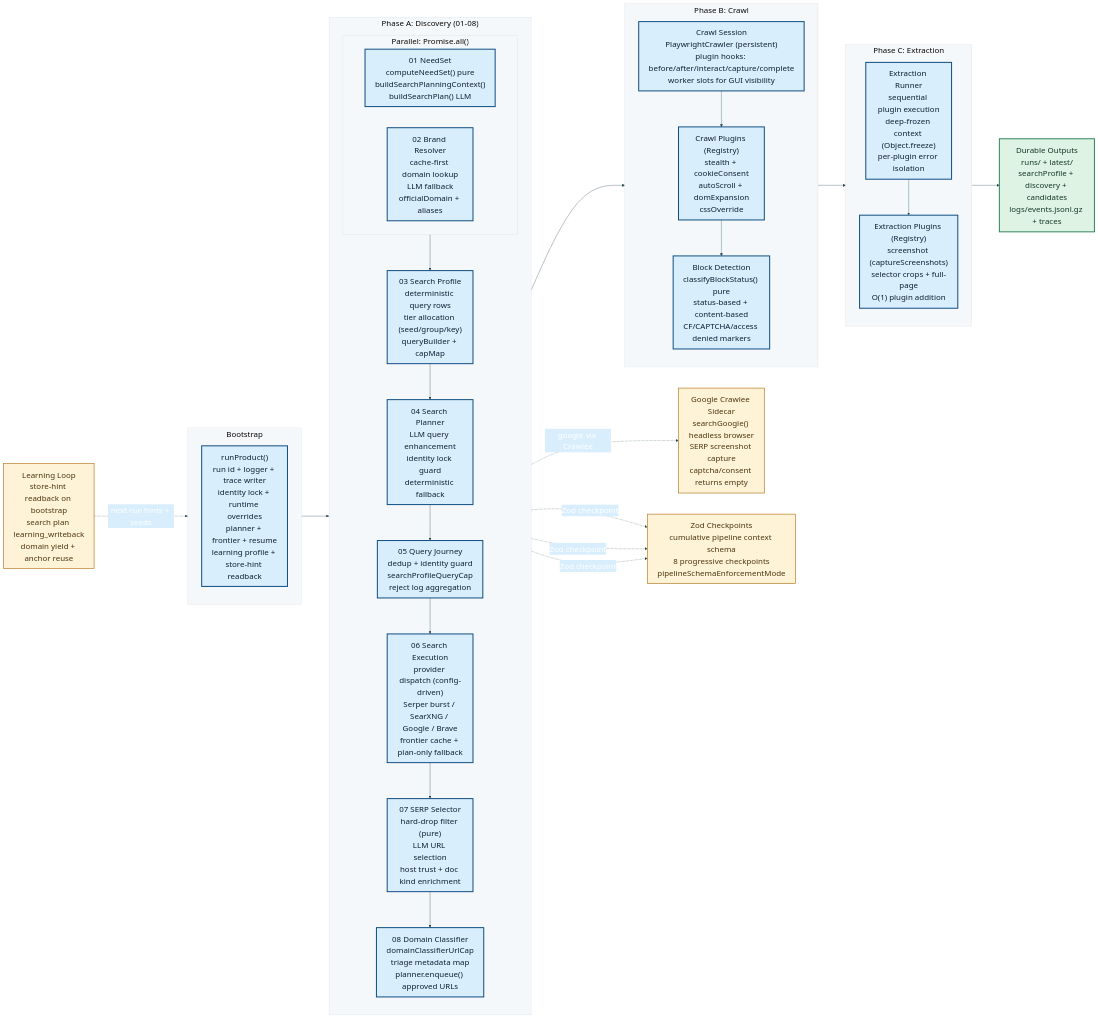
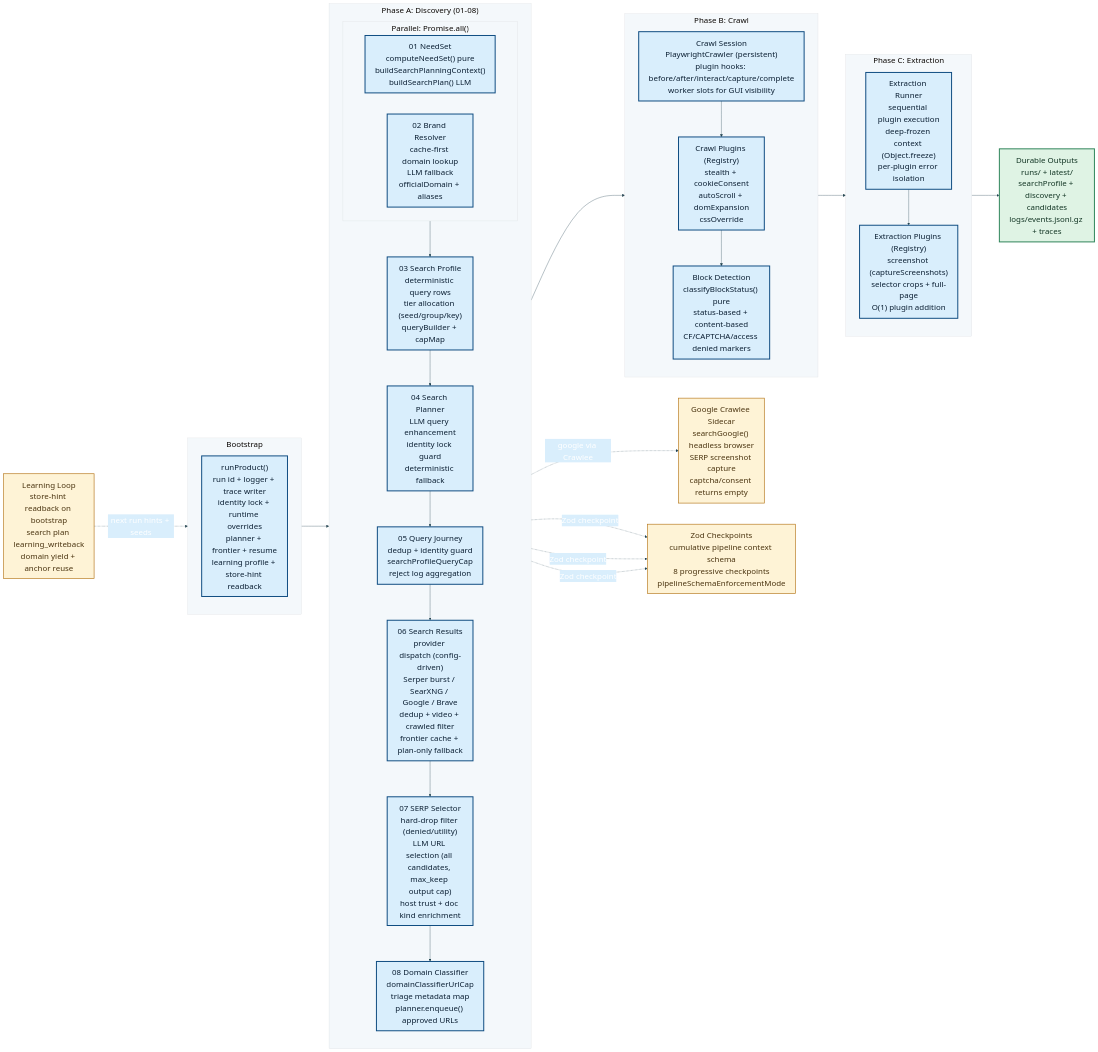
The diagram in docs/implementation/ai-indexing-plans/pipeline/FULL-PIPELINE-START-TO-FINISH.mmd (CdubVentures/Spec-Factory), drawn with Mermaid before and after one commit. The commit also changed 99 other files, not shown here.

```diff
--- a/docs/implementation/ai-indexing-plans/pipeline/FULL-PIPELINE-START-TO-FINISH.mmd
+++ b/docs/implementation/ai-indexing-plans/pipeline/FULL-PIPELINE-START-TO-FINISH.mmd
@@ -1,64 +1,64 @@
 %%{init: {'theme': 'base', 'themeVariables': { 'fontFamily': 'Segoe UI', 'fontSize': '24px', 'primaryColor': '#0f4c81', 'primaryTextColor': '#ffffff', 'primaryBorderColor': '#0a3558', 'secondaryColor': '#d9eefc', 'tertiaryColor': '#f4f8fb', 'lineColor': '#264653' }, 'flowchart': { 'curve': 'basis', 'nodeSpacing': 64, 'rankSpacing': 84 } }}%%
 
 flowchart LR
     subgraph BOOT["Bootstrap"]
         direction TB
         B0["runProduct()<br/>run id + logger + trace writer<br/>identity lock + runtime overrides<br/>planner + frontier + resume<br/>learning profile + store-hint readback"]
     end
 
     subgraph DISCOVERY["Phase A: Discovery (01-08)"]
         direction TB
         subgraph PARALLEL["Parallel: Promise.all()"]
             direction LR
             S01["01 NeedSet<br/>computeNeedSet() pure<br/>buildSearchPlanningContext()<br/>buildSearchPlan() LLM"]
             S02["02 Brand Resolver<br/>cache-first domain lookup<br/>LLM fallback<br/>officialDomain + aliases"]
         end
         S03["03 Search Profile<br/>deterministic query rows<br/>tier allocation (seed/group/key)<br/>queryBuilder + capMap"]
         S04["04 Search Planner<br/>LLM query enhancement<br/>identity lock guard<br/>deterministic fallback"]
         S05["05 Query Journey<br/>dedup + identity guard<br/>searchProfileQueryCap<br/>reject log aggregation"]
-        S06["06 Search Execution<br/>provider dispatch (config-driven)<br/>Serper burst / SearXNG / Google / Brave<br/>frontier cache + plan-only fallback"]
-        S07["07 SERP Selector<br/>hard-drop filter (pure)<br/>LLM URL selection<br/>host trust + doc kind enrichment"]
+        S06["06 Search Results<br/>provider dispatch (config-driven)<br/>Serper burst / SearXNG / Google / Brave<br/>dedup + video + crawled filter<br/>frontier cache + plan-only fallback"]
+        S07["07 SERP Selector<br/>hard-drop filter (denied/utility)<br/>LLM URL selection (all candidates, max_keep output cap)<br/>host trust + doc kind enrichment"]
         S08["08 Domain Classifier<br/>domainClassifierUrlCap<br/>triage metadata map<br/>planner.enqueue() approved URLs"]
 
         PARALLEL --> S03 --> S04 --> S05 --> S06 --> S07 --> S08
     end
 
     subgraph CRAWL["Phase B: Crawl"]
         direction TB
         C01["Crawl Session<br/>PlaywrightCrawler (persistent)<br/>plugin hooks: before/after/interact/capture/complete<br/>worker slots for GUI visibility"]
         C02["Crawl Plugins (Registry)<br/>stealth + cookieConsent<br/>autoScroll + domExpansion<br/>cssOverride"]
         C03["Block Detection<br/>classifyBlockStatus() pure<br/>status-based + content-based<br/>CF/CAPTCHA/access denied markers"]
         C01 --> C02 --> C03
     end
 
     subgraph EXTRACT["Phase C: Extraction"]
         direction TB
         E01["Extraction Runner<br/>sequential plugin execution<br/>deep-frozen context (Object.freeze)<br/>per-plugin error isolation"]
         E02["Extraction Plugins (Registry)<br/>screenshot (captureScreenshots)<br/>selector crops + full-page<br/>O(1) plugin addition"]
         E01 --> E02
     end
 
     ART["Durable Outputs<br/>runs/ + latest/<br/>searchProfile + discovery + candidates<br/>logs/events.jsonl.gz + traces"]
     GOOGLE["Google Crawlee Sidecar<br/>searchGoogle() headless browser<br/>SERP screenshot capture<br/>captcha/consent returns empty"]
     LEARN["Learning Loop<br/>store-hint readback on bootstrap<br/>search plan learning_writeback<br/>domain yield + anchor reuse"]
     ZOD["Zod Checkpoints<br/>cumulative pipeline context schema<br/>8 progressive checkpoints<br/>pipelineSchemaEnforcementMode"]
 
     B0 --> DISCOVERY
     S08 --> CRAWL
     C03 --> EXTRACT
     S06 -.->|google via Crawlee| GOOGLE
     E02 --> ART
     LEARN -.->|next run hints + seeds| B0
 
     PARALLEL -.->|Zod checkpoint| ZOD
     S05 -.->|Zod checkpoint| ZOD
     S07 -.->|Zod checkpoint| ZOD
 
     classDef phase fill:#d9eefc,stroke:#0f4c81,stroke-width:3px,color:#0b1f33
     classDef durable fill:#dff3e4,stroke:#2f855a,stroke-width:3px,color:#123524
     classDef sidecar fill:#fef3d6,stroke:#b7791f,stroke-width:2px,color:#4a3410
     classDef parallel fill:#e8f4fd,stroke:#0f4c81,stroke-width:2px,color:#0b1f33
 
     class B0,S01,S02,S03,S04,S05,S06,S07,S08,C01,C02,C03,E01,E02 phase
     class ART durable
     class GOOGLE,LEARN,ZOD sidecar
```
